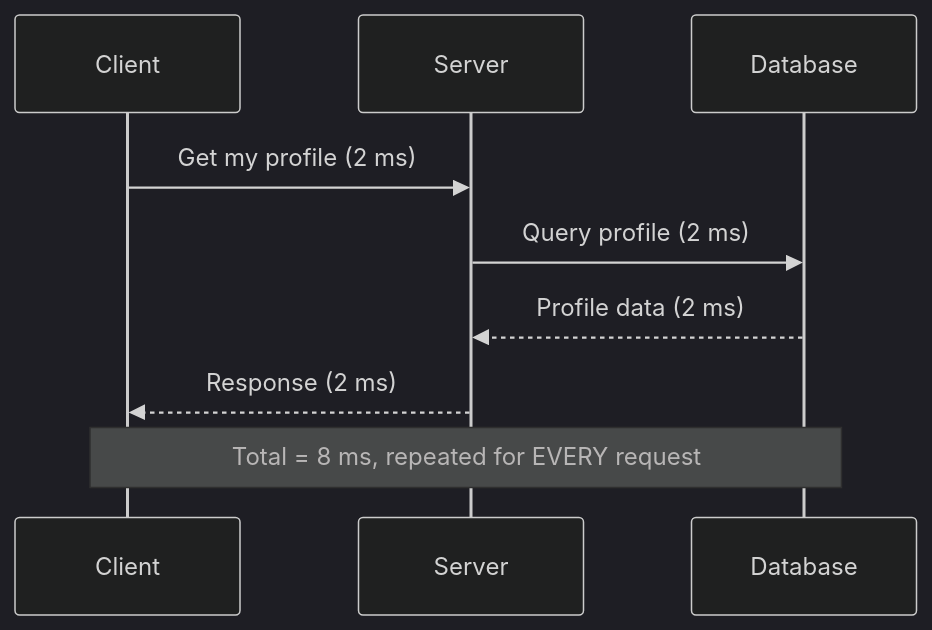
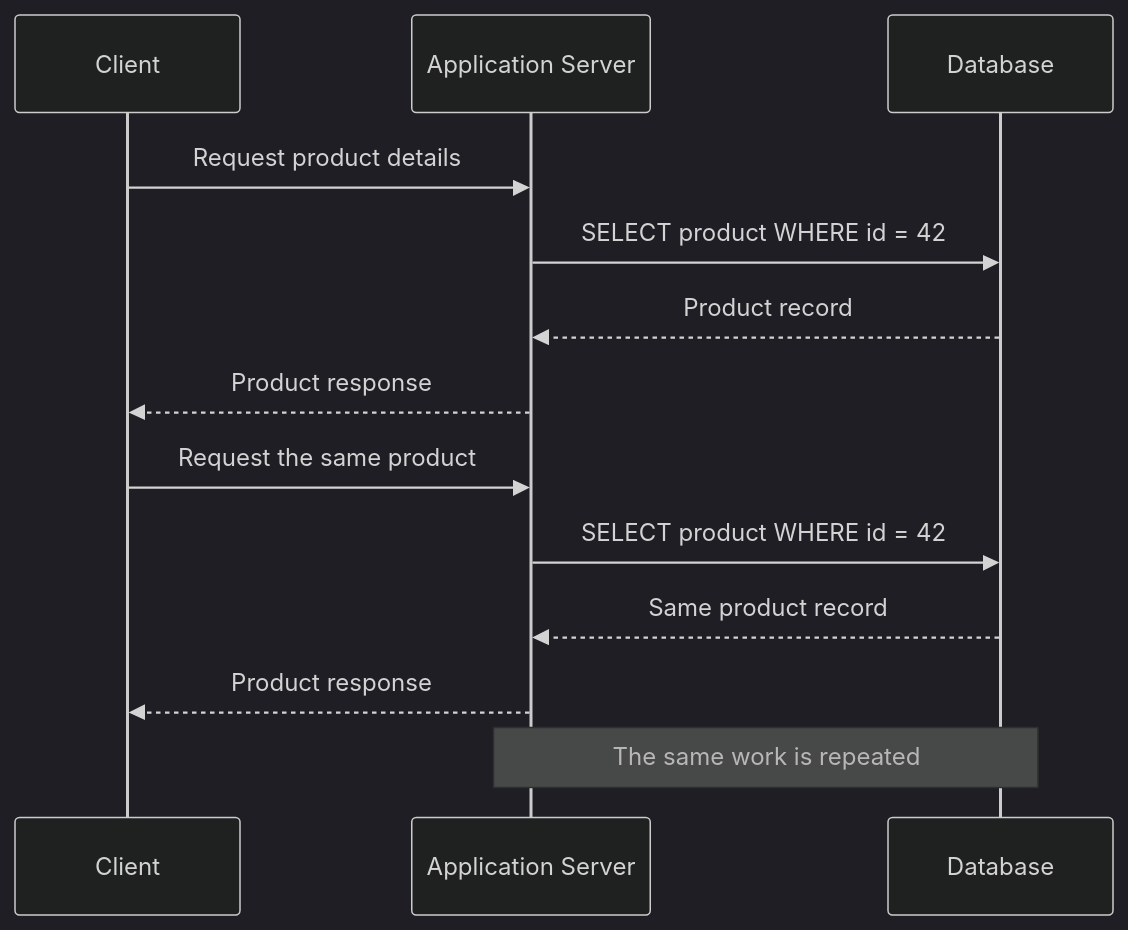
The first of 13 diagrams in 08_caching/README.md (HARRISAMIN432/system-design-hld), drawn with Mermaid (dark theme) before and after one commit. The commit also changed other lines of this file and 11 other files, not shown here.

````diff
--- a/08_caching/README.md
+++ b/08_caching/README.md
@@ -30,12 +47,18 @@
 ```mermaid
 sequenceDiagram
     participant C as Client
-    participant S as Server
+    participant A as Application Server
     participant D as Database
 
-    C->>S: Get my profile (2 ms)
-    S->>D: Query profile (2 ms)
-    D-->>S: Profile data (2 ms)
-    S-->>C: Response (2 ms)
-    Note over C,D: Total = 8 ms, repeated for EVERY request
+    C->>A: Request product details
+    A->>D: SELECT product WHERE id = 42
+    D-->>A: Product record
+    A-->>C: Product response
+
+    C->>A: Request the same product
+    A->>D: SELECT product WHERE id = 42
+    D-->>A: Same product record
+    A-->>C: Product response
+
+    Note over A,D: The same work is repeated
 ```
````
